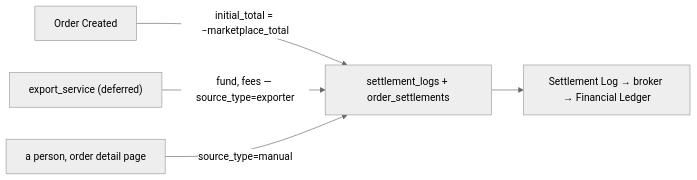
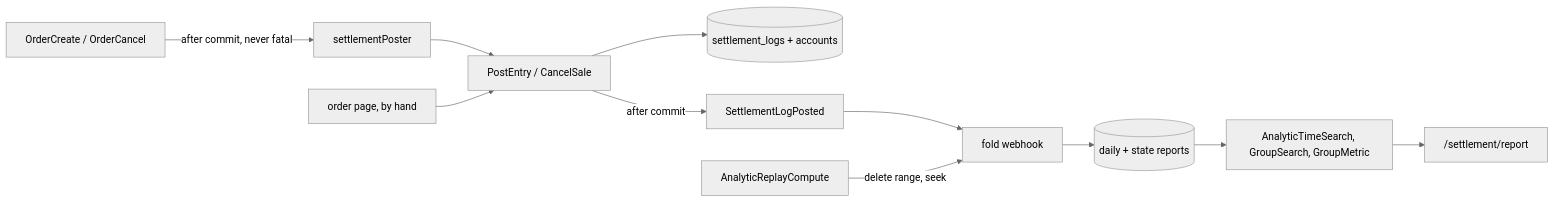
One commit to pdcgo/warehouse_revamp changed the diagram in docs/development_state/settlement/context.md. Above: the diagram before and after it, drawn with Mermaid (neutral theme). The commit also changed other lines of this file and 21 other files, not shown here.

First line of the commit message:
settlement: the report screen, and the docs for everything that is now built

````diff
--- a/docs/development_state/settlement/context.md
+++ b/docs/development_state/settlement/context.md
@@ -104,8 +28,13 @@
 ```mermaid
 flowchart LR
-  OC["Order Created"] -->|"initial_total = −marketplace_total"| S
-  EX["export_service (deferred)"] -->|"fund, fees — source_type=exporter"| S
-  MN["a person, order detail page"] -->|"source_type=manual"| S
-  S["settlement_logs + order_settlements"]
-  S --> B["Settlement Log → broker → Financial Ledger"]
+  O["OrderCreate / OrderCancel"] -->|"after commit, never fatal"| A["settlementPoster"]
+  A --> W["PostEntry / CancelSale"]
+  M["order page, by hand"] --> W
+  W --> L[("settlement_logs + accounts")]
+  W -->|"after commit"| E["SettlementLogPosted"]
+  E --> F["fold webhook"]
+  F --> R[("daily + state reports")]
+  R --> Q["AnalyticTimeSearch, GroupSearch, GroupMetric"]
+  Q --> S["/settlement/report"]
+  RC["AnalyticReplayCompute"] -->|"delete range, seek"| F
 ```
````
